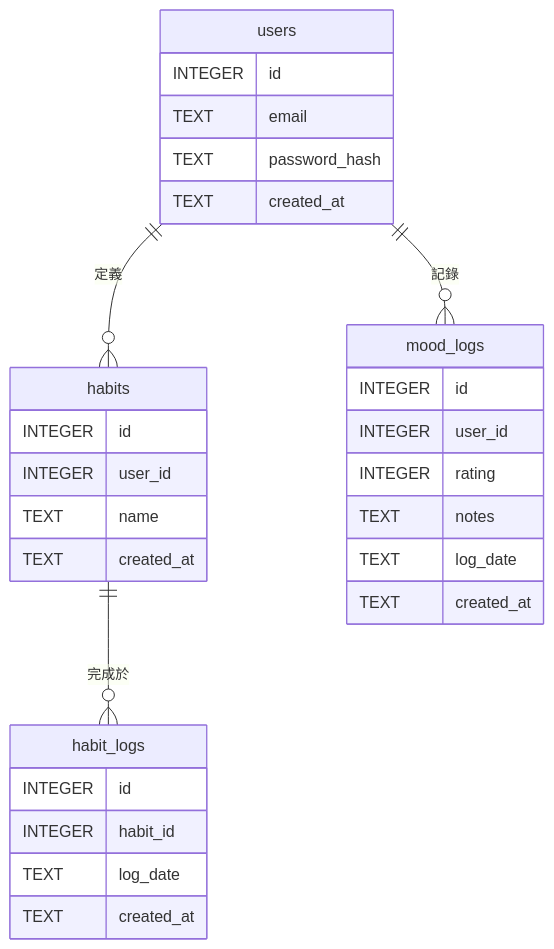
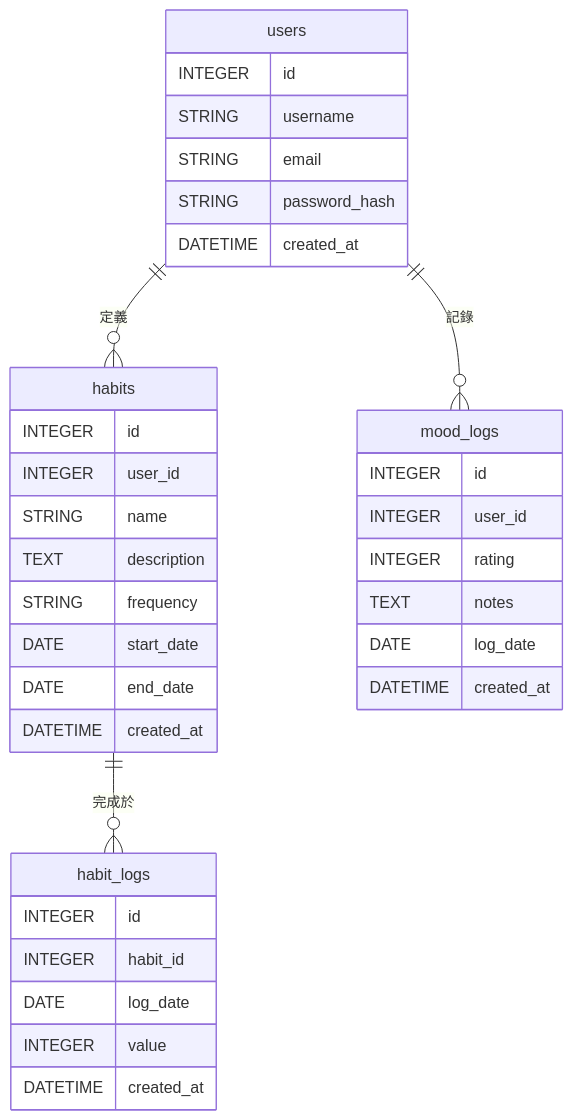
One commit to eric861129/2025iThome-HabitMoodApp changed the diagram in docs/DATABASE_SCHEMA.md. Above: the diagram before and after it, drawn with Mermaid. The commit also changed other lines of this file and 4 other files, not shown here.

````diff
--- a/docs/DATABASE_SCHEMA.md
+++ b/docs/DATABASE_SCHEMA.md
@@ -75,36 +82,42 @@
 ```mermaid
 erDiagram
     users {
         INTEGER id
-        TEXT email
-        TEXT password_hash
-        TEXT created_at
+        STRING username
+        STRING email
+        STRING password_hash
+        DATETIME created_at
     }
 
     habits {
         INTEGER id
         INTEGER user_id
-        TEXT name
-        TEXT created_at
+        STRING name
+        TEXT description
+        STRING frequency
+        DATE start_date
+        DATE end_date
+        DATETIME created_at
     }
 
     habit_logs {
         INTEGER id
         INTEGER habit_id
-        TEXT log_date
-        TEXT created_at
+        DATE log_date
+        INTEGER value
+        DATETIME created_at
     }
 
     mood_logs {
         INTEGER id
         INTEGER user_id
         INTEGER rating
         TEXT notes
-        TEXT log_date
-        TEXT created_at
+        DATE log_date
+        DATETIME created_at
     }
 
     users ||--o{ habits : "定義"
     users ||--o{ mood_logs : "記錄"
     habits ||--o{ habit_logs : "完成於"
 ```
````
